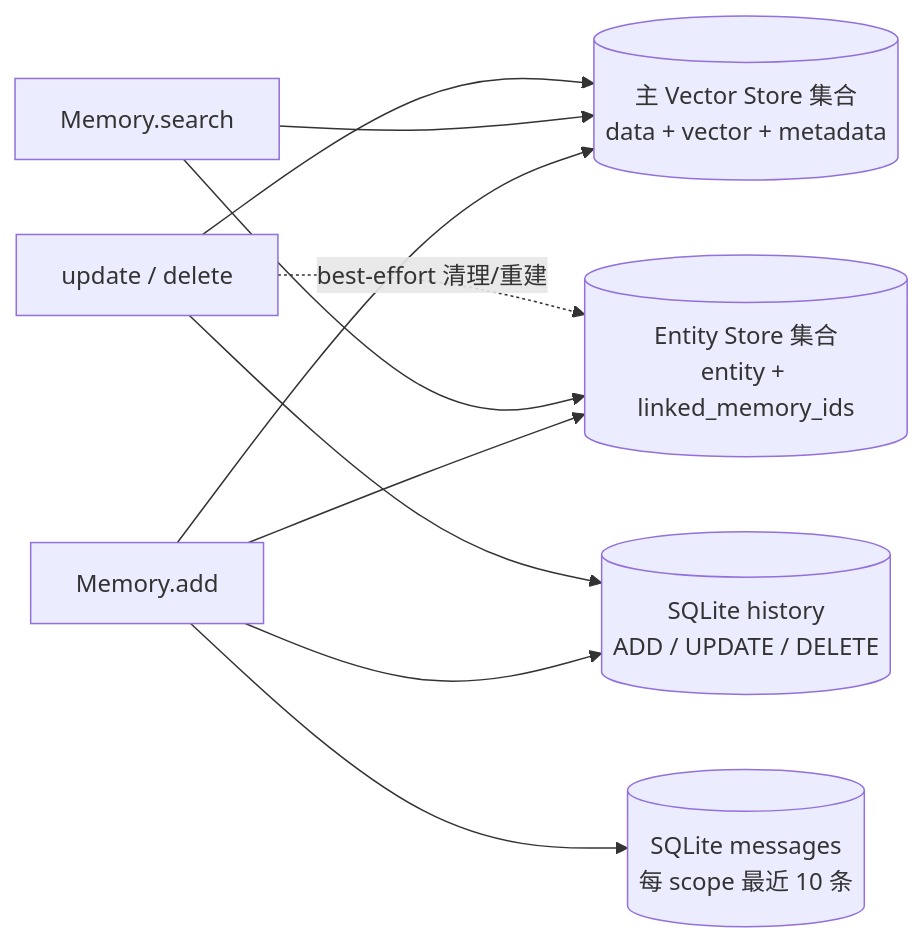
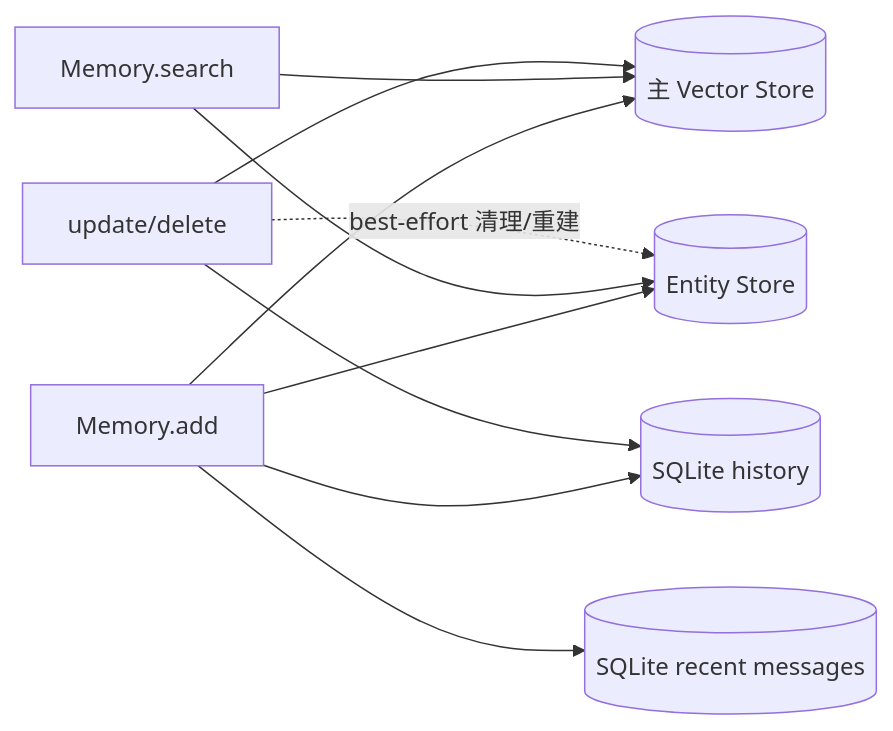
The eighth of 8 diagrams in docs/learning/mem0-memory-system-design.zh-CN.md (StevenLZM/mem0), drawn with Mermaid before and after one commit. The commit also changed other lines of this file, not shown here.

Commit message:
docs: refine memory system foundations

````diff
--- a/docs/learning/mem0-memory-system-design.zh-CN.md
+++ b/docs/learning/mem0-memory-system-design.zh-CN.md
@@ -551,13 +485,12 @@
 ```mermaid
 flowchart LR
-    ADD[Memory.add] --> MAIN[(主 Vector Store 集合<br/>data + vector + metadata)]
-    ADD --> HIST[(SQLite history<br/>ADD / UPDATE / DELETE)]
-    ADD --> ENT[(Entity Store 集合<br/>entity + linked_memory_ids)]
-    ADD --> RECENT[(SQLite messages<br/>每 scope 最近 10 条)]
-
-    SEARCH[Memory.search] --> MAIN
-    SEARCH --> ENT
-    UPDATE[update / delete] --> MAIN
-    UPDATE --> HIST
-    UPDATE -.best-effort 清理/重建.-> ENT
+    A[Memory.add] --> M[(主 Vector Store)]
+    A --> H[(SQLite history)]
+    A --> E[(Entity Store)]
+    A --> R[(SQLite recent messages)]
+    S[Memory.search] --> M
+    S --> E
+    U[update/delete] --> M
+    U --> H
+    U -.best-effort 清理/重建.-> E
 ```
````
